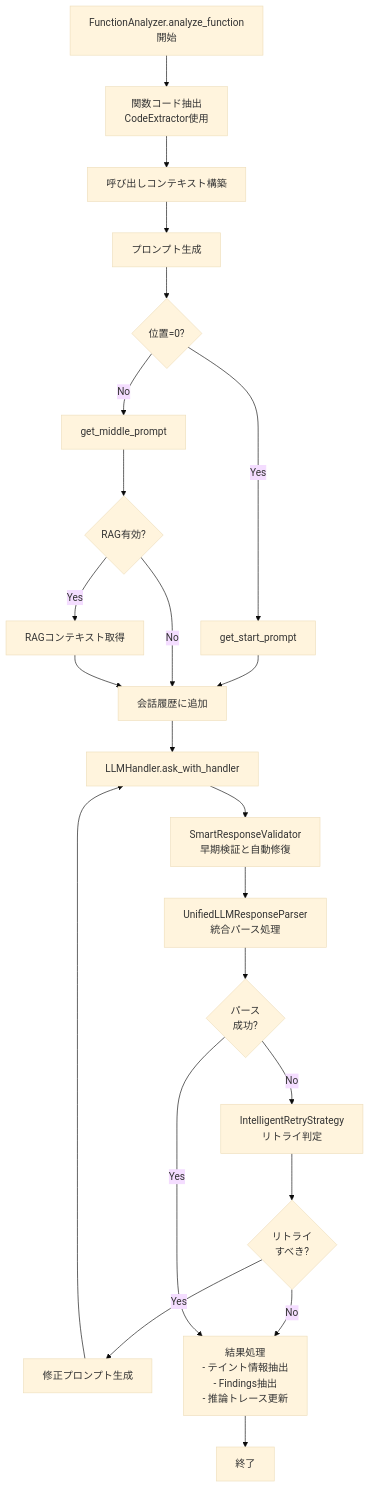
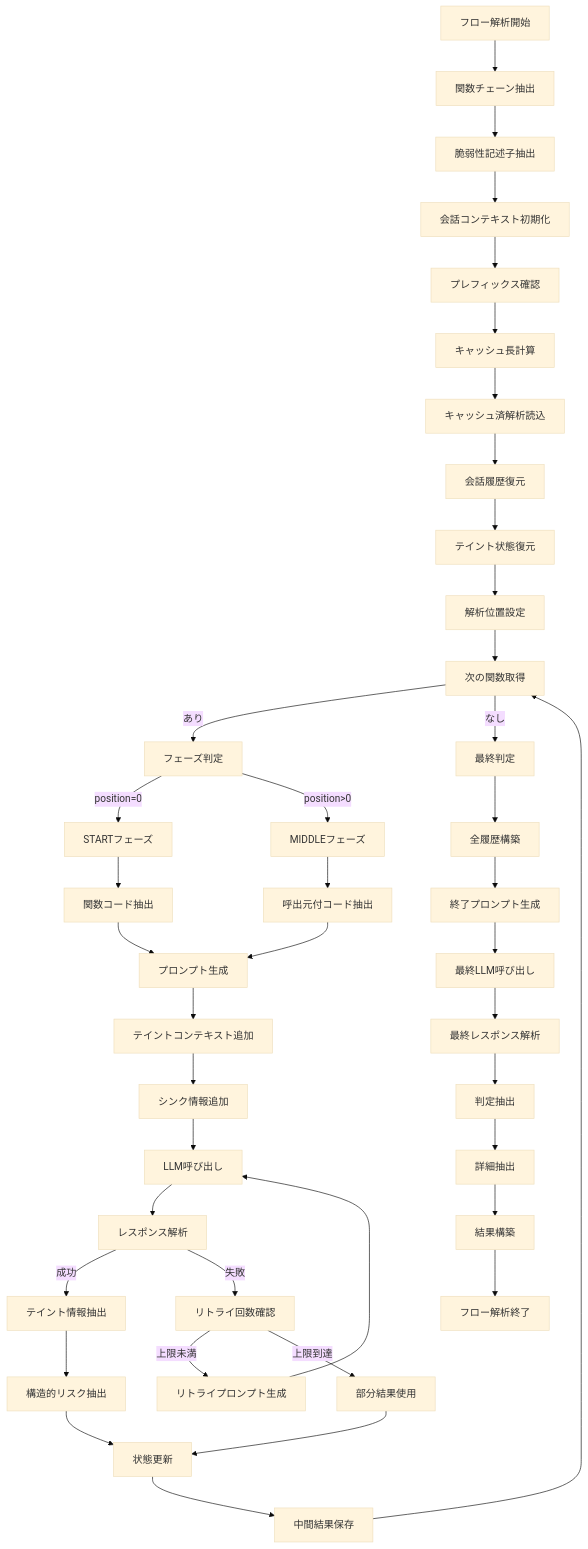
The seventh of 23 diagrams in Document/Process_Flow.md (ta-061/tee-flow-inspector), drawn with Mermaid (base theme) before and after one commit. The commit also changed other lines of this file and 2 other files, not shown here.

````diff
--- a/Document/Process_Flow.md
+++ b/Document/Process_Flow.md
@@ -476,37 +435,53 @@
 ```mermaid
-graph TB
-    FuncStart[FunctionAnalyzer.analyze_function開始]
-    FuncStart --> ExtractFunc[関数コード抽出<br/>CodeExtractor使用]
+flowchart TD
+    StartFlow[フロー解析開始] --> ExtractChain[関数チェーン抽出]
+    ExtractChain --> ExtractVD[脆弱性記述子抽出]
+    ExtractVD --> InitConversation[会話コンテキスト初期化]
+    InitConversation --> CheckPrefix[プレフィックス確認]
     
-    ExtractFunc --> BuildContext[呼び出しコンテキスト構築]
-    BuildContext --> GenPrompt[プロンプト生成]
+    CheckPrefix --> CalcLength[キャッシュ長計算]
+    CalcLength --> LoadCachedAnalyses[キャッシュ済解析読込]
+    LoadCachedAnalyses --> RestoreExchanges[会話履歴復元]
+    RestoreExchanges --> RestoreTaint[テイント状態復元]
+    RestoreTaint --> SetPosition[解析位置設定]
     
-    GenPrompt --> StartPrompt{位置=0?}
-    StartPrompt -->|Yes| GetStartPrompt[get_start_prompt]
-    StartPrompt -->|No| GetMiddlePrompt[get_middle_prompt]
+    SetPosition --> NextFunction[次の関数取得]
+    NextFunction -->|あり| DeterminePhase[フェーズ判定]
+    NextFunction -->|なし| FinalDecision[最終判定]
     
-    GetStartPrompt --> AddToConv[会話履歴に追加]
-    GetMiddlePrompt --> CheckRAG{RAG有効?}
+    DeterminePhase -->|position=0| PhaseStart[STARTフェーズ]
+    DeterminePhase -->|position>0| PhaseMiddle[MIDDLEフェーズ]
     
-    CheckRAG -->|Yes| SearchRAG[RAGコンテキスト取得]
-    CheckRAG -->|No| AddToConv
-    SearchRAG --> AddToConv
+    PhaseStart --> ExtractCode[関数コード抽出]
+    PhaseMiddle --> ExtractWithContext[呼出元付コード抽出]
     
-    AddToConv --> CallLLMFunc[LLMHandler.ask_with_handler]
+    ExtractCode --> GeneratePrompt[プロンプト生成]
+    ExtractWithContext --> GeneratePrompt
     
-    CallLLMFunc --> ValidateResp[SmartResponseValidator<br/>早期検証と自動修復]
+    GeneratePrompt --> AddTaintContext[テイントコンテキスト追加]
+    AddTaintContext --> AddSinkInfo[シンク情報追加]
+    AddSinkInfo --> CallLLM[LLM呼び出し]
     
-    ValidateResp --> ParseResp[UnifiedLLMResponseParser<br/>統合パース処理]
+    CallLLM --> ParseResponse[レスポンス解析]
+    ParseResponse -->|成功| ExtractTaint[テイント情報抽出]
+    ParseResponse -->|失敗| CheckRetryCount[リトライ回数確認]
     
-    ParseResp --> ParseSuccess{パース<br/>成功?}
-    ParseSuccess -->|No| RetryDecision[IntelligentRetryStrategy<br/>リトライ判定]
+    CheckRetryCount -->|上限未満| GenerateRetryPrompt[リトライプロンプト生成]
+    CheckRetryCount -->|上限到達| UsePartialResult[部分結果使用]
+    GenerateRetryPrompt --> CallLLM
     
-    RetryDecision --> ShouldRetry{リトライ<br/>すべき?}
-    ShouldRetry -->|Yes| CreateCorrection[修正プロンプト生成]
-    CreateCorrection --> CallLLMFunc
-    ShouldRetry -->|No| ProcessResult
+    ExtractTaint --> ExtractRisks[構造的リスク抽出]
+    ExtractRisks --> UpdateState[状態更新]
+    UsePartialResult --> UpdateState
+    UpdateState --> SaveIntermediate[中間結果保存]
+    SaveIntermediate --> NextFunction
     
-    ParseSuccess -->|Yes| ProcessResult[結果処理<br/>- テイント情報抽出<br/>- Findings抽出<br/>- 推論トレース更新]
-    
-    ProcessResult --> FuncEnd[終了]
+    FinalDecision --> BuildFullHistory[全履歴構築]
+    BuildFullHistory --> GenerateEndPrompt[終了プロンプト生成]
+    GenerateEndPrompt --> CallFinalLLM[最終LLM呼び出し]
+    CallFinalLLM --> ParseFinalResponse[最終レスポンス解析]
+    ParseFinalResponse --> ExtractDecision[判定抽出]
+    ExtractDecision --> ExtractDetails[詳細抽出]
+    ExtractDetails --> BuildResult[結果構築]
+    BuildResult --> EndFlow[フロー解析終了]
 ```
````
